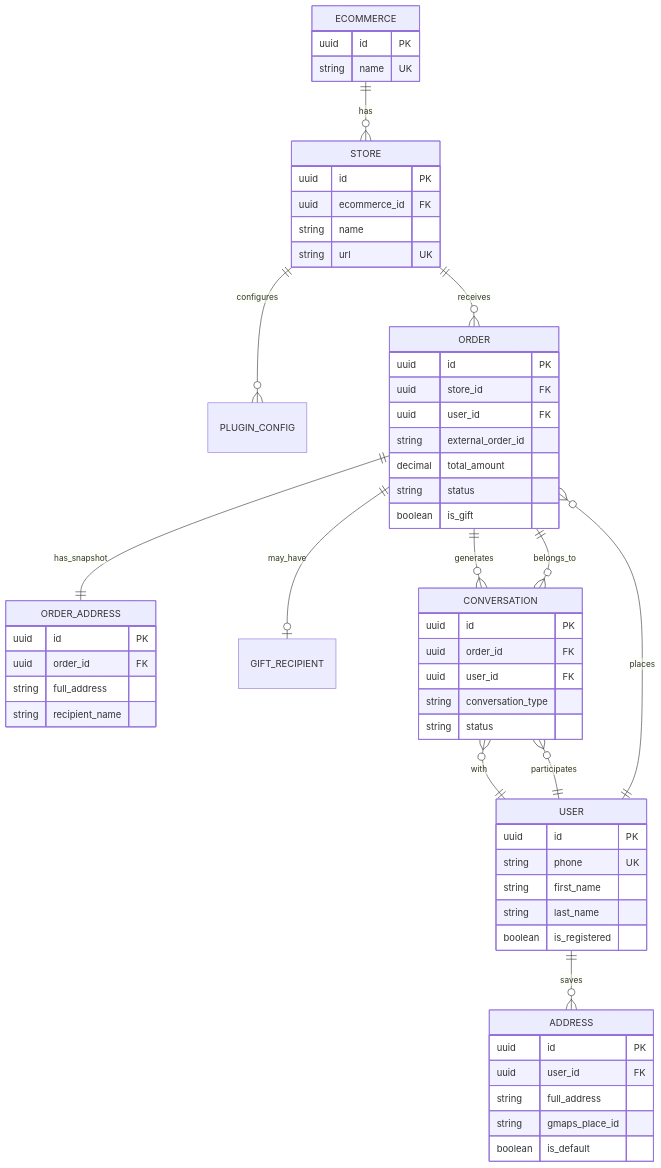
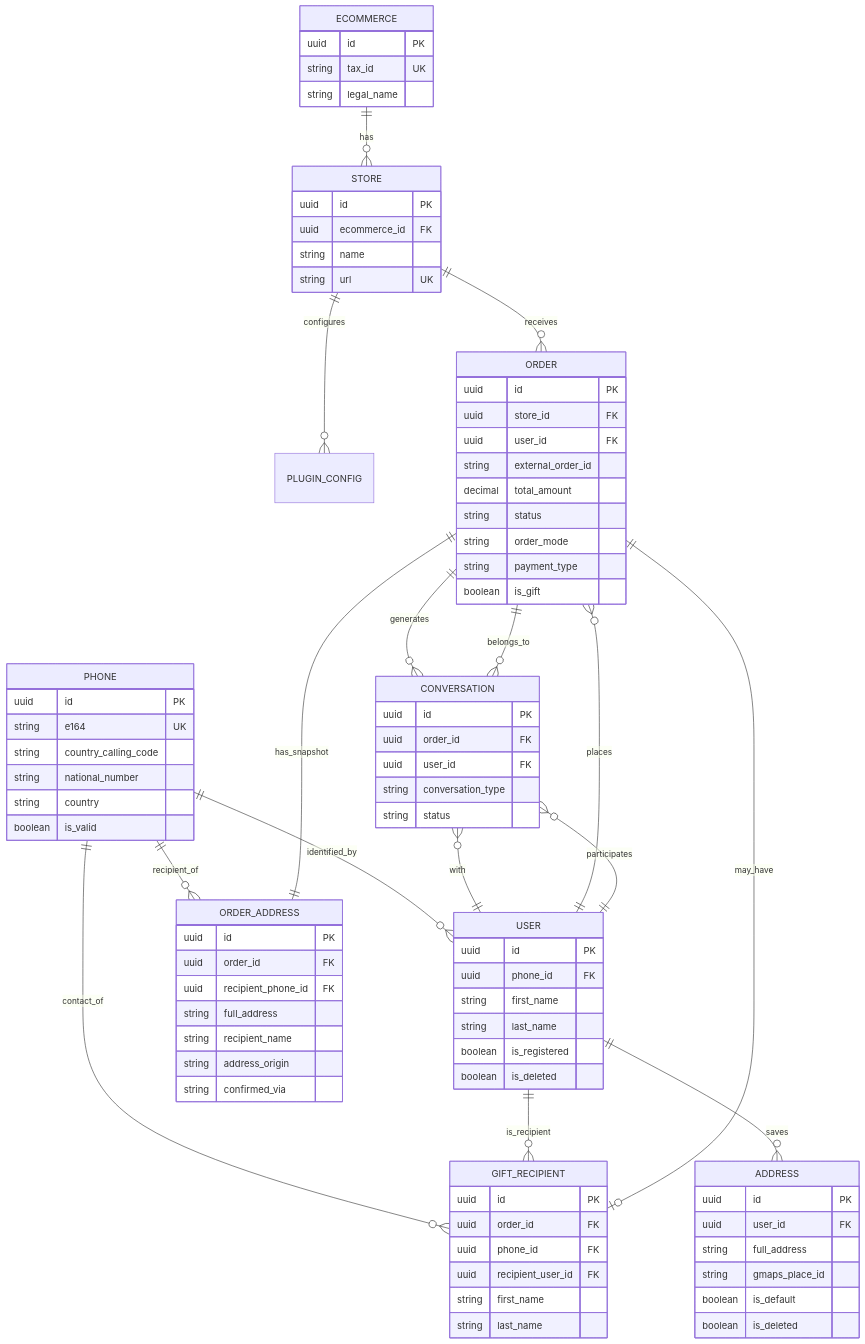
The second of 2 diagrams in openspec/specs/data-model.md (LIDR-academy/AI4Devs-finalproject), drawn with Mermaid before and after one commit. The commit also changed other lines of this file and 3 other files, not shown here.

```diff
--- a/openspec/specs/data-model.md
+++ b/openspec/specs/data-model.md
@@ -199,46 +311,63 @@
     ECOMMERCE ||--o{ STORE : "has"
     STORE ||--o{ PLUGIN_CONFIG : "configures"
     STORE ||--o{ ORDER : "receives"
-    
+
+    PHONE ||--o{ USER : "identified_by"
+    PHONE ||--o{ GIFT_RECIPIENT : "contact_of"
+    PHONE ||--o{ ORDER_ADDRESS : "recipient_of"
+
     USER ||--o{ ADDRESS : "saves"
     USER ||--o{ ORDER : "places"
     USER ||--o{ CONVERSATION : "participates"
-    
+    USER ||--o{ GIFT_RECIPIENT : "is_recipient"
+
     ORDER ||--|| ORDER_ADDRESS : "has_snapshot"
     ORDER ||--o| GIFT_RECIPIENT : "may_have"
     ORDER ||--o{ CONVERSATION : "generates"
-    
+
     CONVERSATION }o--|| ORDER : "belongs_to"
     CONVERSATION }o--|| USER : "with"
-    
+
+    PHONE {
+        uuid id PK
+        string e164 UK
+        string country_calling_code
+        string national_number
+        string country
+        boolean is_valid
+    }
+
     ECOMMERCE {
         uuid id PK
-        string name UK
+        string tax_id UK
+        string legal_name
     }
-    
+
     STORE {
         uuid id PK
         uuid ecommerce_id FK
         string name
         string url UK
     }
-    
+
     USER {
         uuid id PK
-        string phone UK
+        uuid phone_id FK
         string first_name
         string last_name
         boolean is_registered
+        boolean is_deleted
     }
-    
+
     ADDRESS {
         uuid id PK
         uuid user_id FK
         string full_address
         string gmaps_place_id
         boolean is_default
+        boolean is_deleted
     }
-    
+
     ORDER {
         uuid id PK
         uuid store_id FK
@@ -246,16 +375,30 @@
         string external_order_id
         decimal total_amount
         string status
+        string order_mode
+        string payment_type
         boolean is_gift
     }
-    
+
     ORDER_ADDRESS {
         uuid id PK
         uuid order_id FK
+        uuid recipient_phone_id FK
         string full_address
         string recipient_name
+        string address_origin
+        string confirmed_via
     }
-    
+
+    GIFT_RECIPIENT {
+        uuid id PK
+        uuid order_id FK
+        uuid phone_id FK
+        uuid recipient_user_id FK
+        string first_name
+        string last_name
+    }
+
     CONVERSATION {
         uuid id PK
         uuid order_id FK
```
